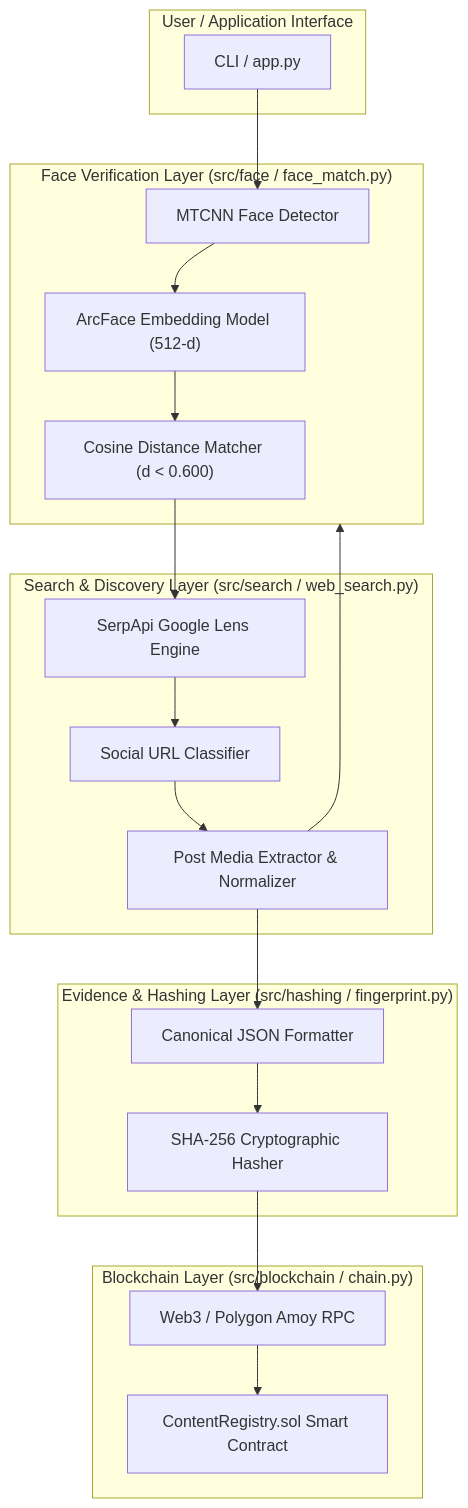
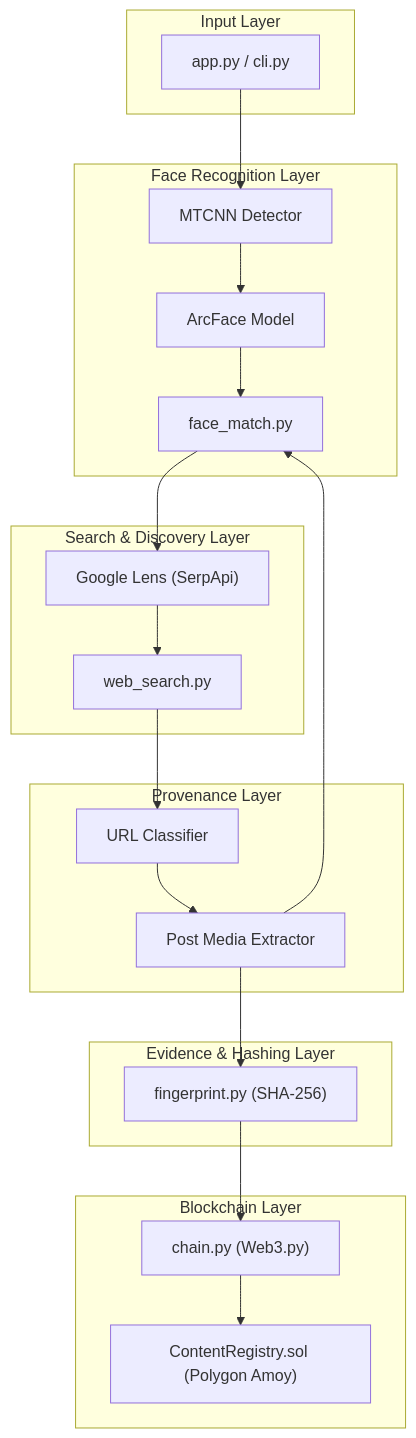
Before and after one commit to mohdasif-v1/hh-goa2026-task-03: the second of 3 diagrams in README.md, drawn with Mermaid. The commit also changed other lines of this file, not shown here.

````diff
--- a/README.md
+++ b/README.md
@@ -64,40 +86,43 @@
 ```mermaid
 graph TD
-    subgraph UI ["User / Application Interface"]
-        CLI["CLI / app.py"]
+    subgraph Input ["Input Layer"]
+        CLI["app.py / cli.py"]
     end
 
-    subgraph Biometrics ["Face Verification Layer (src/face / face_match.py)"]
-        MTCNN["MTCNN Face Detector"]
-        ArcFace["ArcFace Embedding Model (512-d)"]
-        Matcher["Cosine Distance Matcher (d < 0.600)"]
+    subgraph Biometrics ["Face Recognition Layer"]
+        MTCNN["MTCNN Detector"]
+        ArcFace["ArcFace Model"]
+        Matcher["face_match.py"]
     end
 
-    subgraph Discovery ["Search & Discovery Layer (src/search / web_search.py)"]
-        Lens["SerpApi Google Lens Engine"]
-        Classifier["Social URL Classifier"]
-        Extractor["Post Media Extractor & Normalizer"]
+    subgraph Discovery ["Search & Discovery Layer"]
+        Lens["Google Lens (SerpApi)"]
+        SearchEngine["web_search.py"]
     end
 
-    subgraph Integrity ["Evidence & Hashing Layer (src/hashing / fingerprint.py)"]
-        Canon["Canonical JSON Formatter"]
-        SHA256["SHA-256 Cryptographic Hasher"]
+    subgraph Provenance ["Provenance Layer"]
+        Classifier["URL Classifier"]
+        MediaVerifier["Post Media Extractor"]
     end
 
-    subgraph Blockchain ["Blockchain Layer (src/blockchain / chain.py)"]
-        Web3Provider["Web3 / Polygon Amoy RPC"]
-        Contract["ContentRegistry.sol Smart Contract"]
+    subgraph Evidence ["Evidence & Hashing Layer"]
+        Hasher["fingerprint.py (SHA-256)"]
+    end
+
+    subgraph Blockchain ["Blockchain Layer"]
+        ChainWeb3["chain.py (Web3.py)"]
+        Contract["ContentRegistry.sol (Polygon Amoy)"]
     end
 
     CLI --> MTCNN
     MTCNN --> ArcFace
     ArcFace --> Matcher
     Matcher --> Lens
-    Lens --> Classifier
-    Classifier --> Extractor
-    Extractor --> Biometrics
-    Extractor --> Canon
-    Canon --> SHA256
-    SHA256 --> Web3Provider
-    Web3Provider --> Contract
+    Lens --> SearchEngine
+    SearchEngine --> Classifier
+    Classifier --> MediaVerifier
+    MediaVerifier --> Matcher
+    MediaVerifier --> Hasher
+    Hasher --> ChainWeb3
+    ChainWeb3 --> Contract
 ```
````
